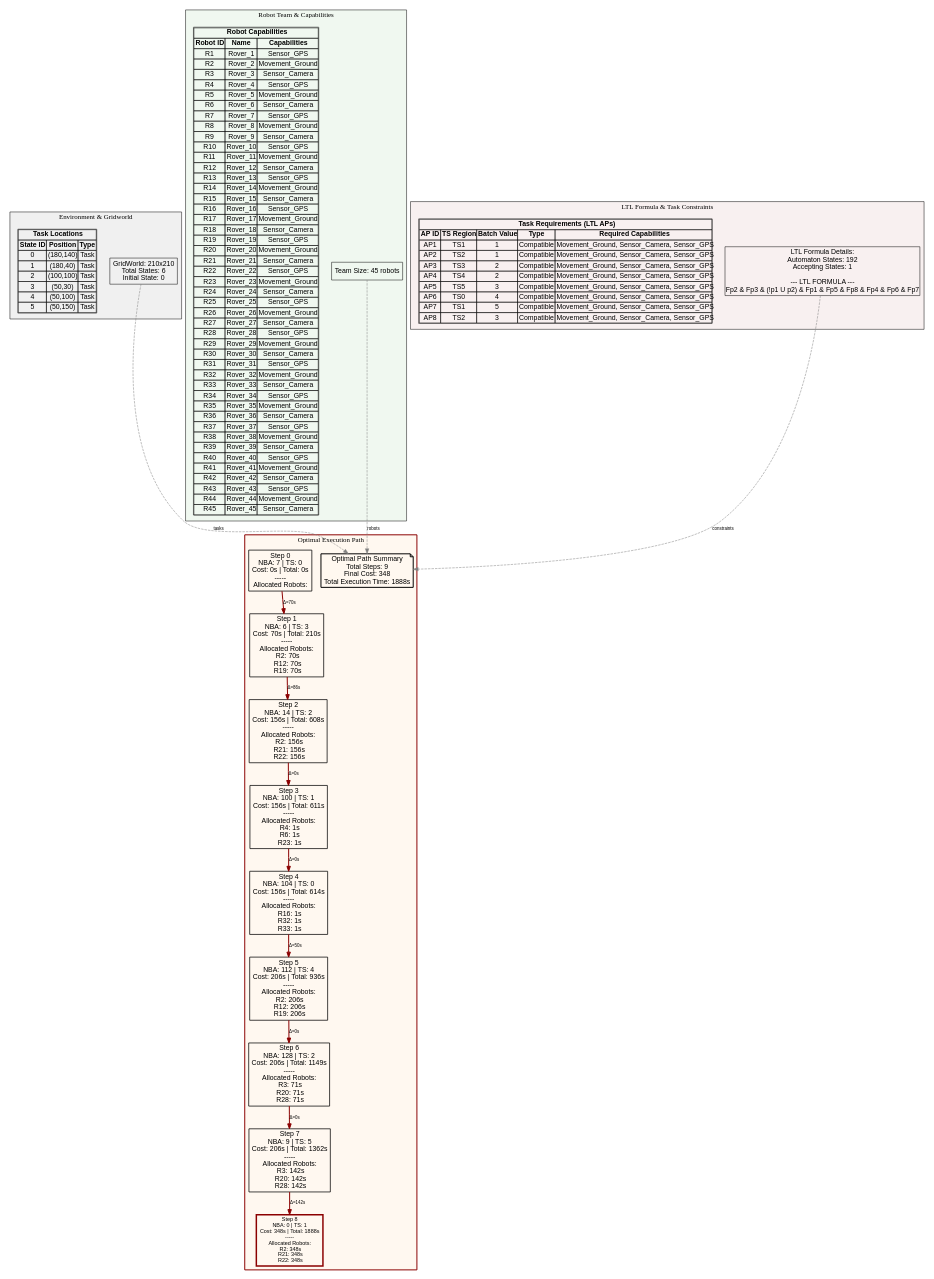
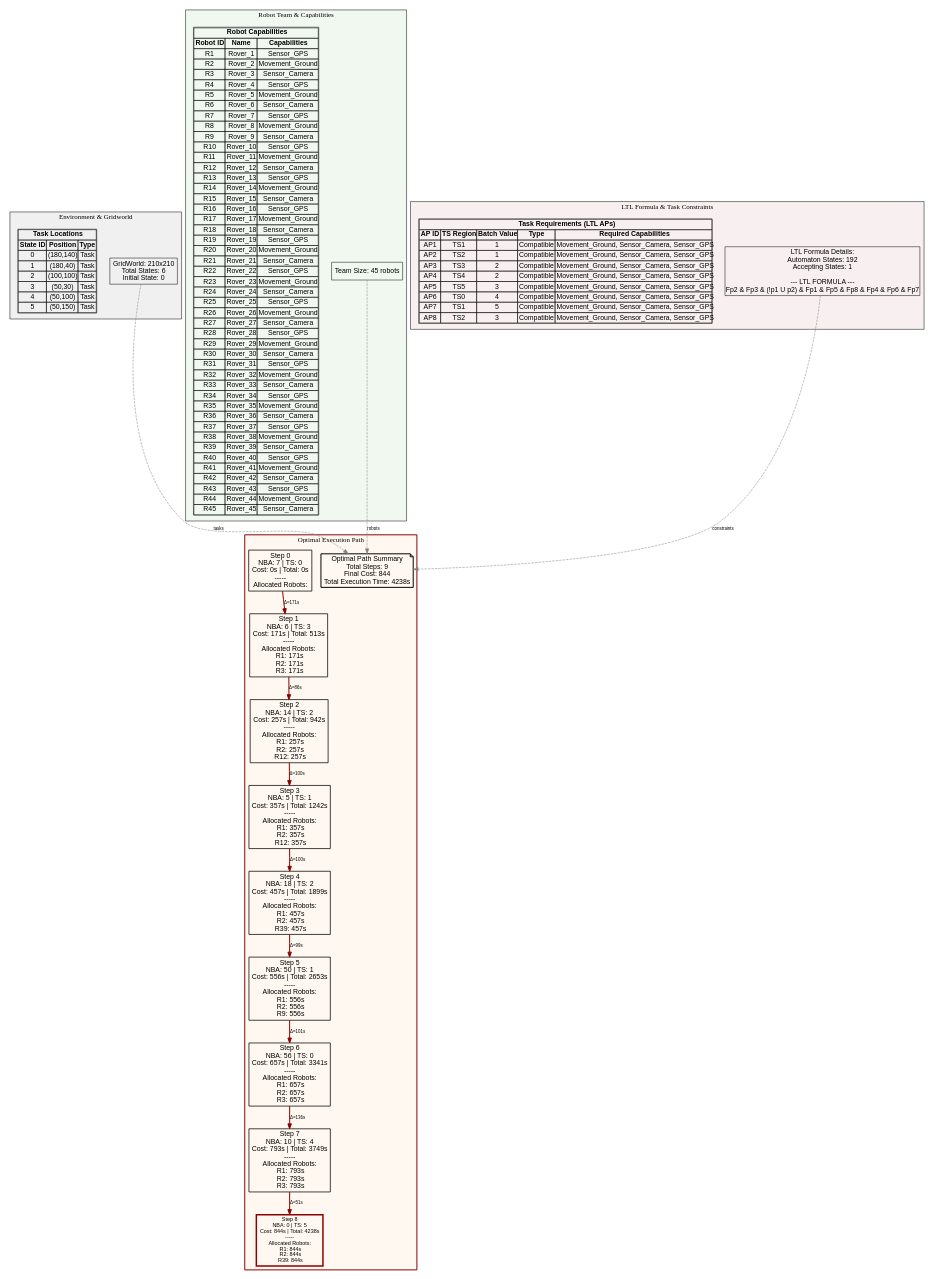
Before and after one commit to jrourke48/HMRTA_with_Multi-Capability_Robots: the diagram in MCTB-PDT/organizedtests/automaton_states_batch/output/automaton_test_2intertaskconstraints_15_path.dot, drawn with Graphviz. The commit also changed 316 other files, not shown here.

```diff
--- a/MCTB-PDT/organizedtests/automaton_states_batch/output/automaton_test_2intertaskconstraints_15_path.dot
+++ b/MCTB-PDT/organizedtests/automaton_states_batch/output/automaton_test_2intertaskconstraints_15_path.dot
@@ -1,148 +1,148 @@
 digraph ComprehensiveOptimalPath {
   rankdir=TB;
   concentrate=true;
   node [fontname=Arial];
   edge [fontname=Arial, fontsize=9];
 
   subgraph cluster_environment {
     label="Environment & Gridworld";
     style=filled;
     fillcolor="#F0F0F0";
     color=black;
 
     env_info [shape=box, label="GridWorld: 210x210\nTotal States: 6\nInitial State: 0\n", fillcolor="#E8F4F8"];
 
     env_tasks [shape=plaintext, label=<
       <TABLE BORDER="1" CELLBORDER="1" CELLSPACING="0">
         <TR><TD COLSPAN="3"><B>Task Locations</B></TD></TR>
         <TR><TD><B>State ID</B></TD><TD><B>Position</B></TD><TD><B>Type</B></TD></TR>
         <TR><TD>0</TD><TD>(180,140)</TD><TD>Task</TD></TR>
         <TR><TD>1</TD><TD>(180,40)</TD><TD>Task</TD></TR>
         <TR><TD>2</TD><TD>(100,100)</TD><TD>Task</TD></TR>
         <TR><TD>3</TD><TD>(50,30)</TD><TD>Task</TD></TR>
         <TR><TD>4</TD><TD>(50,100)</TD><TD>Task</TD></TR>
         <TR><TD>5</TD><TD>(50,150)</TD><TD>Task</TD></TR>
       </TABLE>
     >];
   }
 
   subgraph cluster_robots {
     label="Robot Team & Capabilities";
     style=filled;
     fillcolor="#F0F8F0";
     color=black;
 
     team_info [shape=box, label="Team Size: 45 robots\n", fillcolor="#E8F8E8"];
 
     robot_caps [shape=plaintext, label=<
       <TABLE BORDER="1" CELLBORDER="1" CELLSPACING="0">
         <TR><TD COLSPAN="3"><B>Robot Capabilities</B></TD></TR>
         <TR><TD><B>Robot ID</B></TD><TD><B>Name</B></TD><TD><B>Capabilities</B></TD></TR>
         <TR><TD>R1</TD><TD>Rover_1</TD><TD>Sensor_GPS</TD></TR>
         <TR><TD>R2</TD><TD>Rover_2</TD><TD>Movement_Ground</TD></TR>
         <TR><TD>R3</TD><TD>Rover_3</TD><TD>Sensor_Camera</TD></TR>
         <TR><TD>R4</TD><TD>Rover_4</TD><TD>Sensor_GPS</TD></TR>
         <TR><TD>R5</TD><TD>Rover_5</TD><TD>Movement_Ground</TD></TR>
         <TR><TD>R6</TD><TD>Rover_6</TD><TD>Sensor_Camera</TD></TR>
         <TR><TD>R7</TD><TD>Rover_7</TD><TD>Sensor_GPS</TD></TR>
         <TR><TD>R8</TD><TD>Rover_8</TD><TD>Movement_Ground</TD></TR>
         <TR><TD>R9</TD><TD>Rover_9</TD><TD>Sensor_Camera</TD></TR>
         <TR><TD>R10</TD><TD>Rover_10</TD><TD>Sensor_GPS</TD></TR>
         <TR><TD>R11</TD><TD>Rover_11</TD><TD>Movement_Ground</TD></TR>
         <TR><TD>R12</TD><TD>Rover_12</TD><TD>Sensor_Camera</TD></TR>
         <TR><TD>R13</TD><TD>Rover_13</TD><TD>Sensor_GPS</TD></TR>
         <TR><TD>R14</TD><TD>Rover_14</TD><TD>Movement_Ground</TD></TR>
         <TR><TD>R15</TD><TD>Rover_15</TD><TD>Sensor_Camera</TD></TR>
         <TR><TD>R16</TD><TD>Rover_16</TD><TD>Sensor_GPS</TD></TR>
         <TR><TD>R17</TD><TD>Rover_17</TD><TD>Movement_Ground</TD></TR>
         <TR><TD>R18</TD><TD>Rover_18</TD><TD>Sensor_Camera</TD></TR>
         <TR><TD>R19</TD><TD>Rover_19</TD><TD>Sensor_GPS</TD></TR>
         <TR><TD>R20</TD><TD>Rover_20</TD><TD>Movement_Ground</TD></TR>
         <TR><TD>R21</TD><TD>Rover_21</TD><TD>Sensor_Camera</TD></TR>
         <TR><TD>R22</TD><TD>Rover_22</TD><TD>Sensor_GPS</TD></TR>
         <TR><TD>R23</TD><TD>Rover_23</TD><TD>Movement_Ground</TD></TR>
         <TR><TD>R24</TD><TD>Rover_24</TD><TD>Sensor_Camera</TD></TR>
         <TR><TD>R25</TD><TD>Rover_25</TD><TD>Sensor_GPS</TD></TR>
         <TR><TD>R26</TD><TD>Rover_26</TD><TD>Movement_Ground</TD></TR>
         <TR><TD>R27</TD><TD>Rover_27</TD><TD>Sensor_Camera</TD></TR>
         <TR><TD>R28</TD><TD>Rover_28</TD><TD>Sensor_GPS</TD></TR>
         <TR><TD>R29</TD><TD>Rover_29</TD><TD>Movement_Ground</TD></TR>
         <TR><TD>R30</TD><TD>Rover_30</TD><TD>Sensor_Camera</TD></TR>
         <TR><TD>R31</TD><TD>Rover_31</TD><TD>Sensor_GPS</TD></TR>
         <TR><TD>R32</TD><TD>Rover_32</TD><TD>Movement_Ground</TD></TR>
         <TR><TD>R33</TD><TD>Rover_33</TD><TD>Sensor_Camera</TD></TR>
         <TR><TD>R34</TD><TD>Rover_34</TD><TD>Sensor_GPS</TD></TR>
         <TR><TD>R35</TD><TD>Rover_35</TD><TD>Movement_Ground</TD></TR>
         <TR><TD>R36</TD><TD>Rover_36</TD><TD>Sensor_Camera</TD></TR>
         <TR><TD>R37</TD><TD>Rover_37</TD><TD>Sensor_GPS</TD></TR>
         <TR><TD>R38</TD><TD>Rover_38</TD><TD>Movement_Ground</TD></TR>
         <TR><TD>R39</TD><TD>Rover_39</TD><TD>Sensor_Camera</TD></TR>
         <TR><TD>R40</TD><TD>Rover_40</TD><TD>Sensor_GPS</TD></TR>
         <TR><TD>R41</TD><TD>Rover_41</TD><TD>Movement_Ground</TD></TR>
         <TR><TD>R42</TD><TD>Rover_42</TD><TD>Sensor_Camera</TD></TR>
         <TR><TD>R43</TD><TD>Rover_43</TD><TD>Sensor_GPS</TD></TR>
         <TR><TD>R44</TD><TD>Rover_44</TD><TD>Movement_Ground</TD></TR>
         <TR><TD>R45</TD><TD>Rover_45</TD><TD>Sensor_Camera</TD></TR>
       </TABLE>
     >];
   }
 
   subgraph cluster_ltl {
     label="LTL Formula & Task Constraints";
     style=filled;
     fillcolor="#F8F0F0";
     color=black;
 
     ltl_info [shape=box, label="LTL Formula Details:\nAutomaton States: 192\nAccepting States: 1\n\n--- LTL FORMULA ---\nFp2 & Fp3 & (!p1 U p2) & Fp1 & Fp5 & Fp8 & Fp4 & Fp6 & Fp7", fillcolor="#F8E8E8"];
 
     ltl_tasks [shape=plaintext, label=<
       <TABLE BORDER="1" CELLBORDER="1" CELLSPACING="0">
         <TR><TD COLSPAN="5"><B>Task Requirements (LTL APs)</B></TD></TR>
         <TR><TD><B>AP ID</B></TD><TD><B>TS Region</B></TD><TD><B>Batch Value</B></TD><TD><B>Type</B></TD><TD><B>Required Capabilities</B></TD></TR>
         <TR><TD>AP1</TD><TD>TS1</TD><TD>1</TD><TD>Compatible</TD><TD>Movement_Ground, Sensor_Camera, Sensor_GPS</TD></TR>
         <TR><TD>AP2</TD><TD>TS2</TD><TD>1</TD><TD>Compatible</TD><TD>Movement_Ground, Sensor_Camera, Sensor_GPS</TD></TR>
         <TR><TD>AP3</TD><TD>TS3</TD><TD>2</TD><TD>Compatible</TD><TD>Movement_Ground, Sensor_Camera, Sensor_GPS</TD></TR>
         <TR><TD>AP4</TD><TD>TS4</TD><TD>2</TD><TD>Compatible</TD><TD>Movement_Ground, Sensor_Camera, Sensor_GPS</TD></TR>
         <TR><TD>AP5</TD><TD>TS5</TD><TD>3</TD><TD>Compatible</TD><TD>Movement_Ground, Sensor_Camera, Sensor_GPS</TD></TR>
         <TR><TD>AP6</TD><TD>TS0</TD><TD>4</TD><TD>Compatible</TD><TD>Movement_Ground, Sensor_Camera, Sensor_GPS</TD></TR>
         <TR><TD>AP7</TD><TD>TS1</TD><TD>5</TD><TD>Compatible</TD><TD>Movement_Ground, Sensor_Camera, Sensor_GPS</TD></TR>
         <TR><TD>AP8</TD><TD>TS2</TD><TD>3</TD><TD>Compatible</TD><TD>Movement_Ground, Sensor_Camera, Sensor_GPS</TD></TR>
       </TABLE>
     >];
   }
 
   subgraph cluster_path {
     label="Optimal Execution Path";
     style=filled;
     fillcolor="#FFF8F0";
     color=darkred;
     penwidth=2;
 
-    path_summary [shape=note, label="Optimal Path Summary\nTotal Steps: 9\nFinal Cost: 348\nTotal Execution Time: 1888s\n", fillcolor="#FFFFCC", penwidth=2];
+    path_summary [shape=note, label="Optimal Path Summary\nTotal Steps: 9\nFinal Cost: 844\nTotal Execution Time: 4238s\n", fillcolor="#FFFFCC", penwidth=2];
 
     opt_0 [shape=box, label="Step 0\nNBA: 7 | TS: 0\nCost: 0s | Total: 0s\n-----\nAllocated Robots:\n", fillcolor="#B3E5FC", penwidth=1.5];
-    opt_1 [shape=box, label="Step 1\nNBA: 6 | TS: 3\nCost: 70s | Total: 210s\n-----\nAllocated Robots:\n  R2: 70s\n  R12: 70s\n  R19: 70s\n", fillcolor="#B3E5FC", penwidth=1.5];
-    opt_2 [shape=box, label="Step 2\nNBA: 14 | TS: 2\nCost: 156s | Total: 608s\n-----\nAllocated Robots:\n  R2: 156s\n  R21: 156s\n  R22: 156s\n", fillcolor="#B3E5FC", penwidth=1.5];
-    opt_3 [shape=box, label="Step 3\nNBA: 100 | TS: 1\nCost: 156s | Total: 611s\n-----\nAllocated Robots:\n  R4: 1s\n  R6: 1s\n  R23: 1s\n", fillcolor="#B3E5FC", penwidth=1.5];
-    opt_4 [shape=box, label="Step 4\nNBA: 104 | TS: 0\nCost: 156s | Total: 614s\n-----\nAllocated Robots:\n  R16: 1s\n  R32: 1s\n  R33: 1s\n", fillcolor="#B3E5FC", penwidth=1.5];
-    opt_5 [shape=box, label="Step 5\nNBA: 112 | TS: 4\nCost: 206s | Total: 936s\n-----\nAllocated Robots:\n  R2: 206s\n  R12: 206s\n  R19: 206s\n", fillcolor="#B3E5FC", penwidth=1.5];
-    opt_6 [shape=box, label="Step 6\nNBA: 128 | TS: 2\nCost: 206s | Total: 1149s\n-----\nAllocated Robots:\n  R3: 71s\n  R20: 71s\n  R28: 71s\n", fillcolor="#B3E5FC", penwidth=1.5];
-    opt_7 [shape=box, label="Step 7\nNBA: 9 | TS: 5\nCost: 206s | Total: 1362s\n-----\nAllocated Robots:\n  R3: 142s\n  R20: 142s\n  R28: 142s\n", fillcolor="#B3E5FC", penwidth=1.5];
-    opt_8 [shape=box, label="Step 8\nNBA: 0 | TS: 1\nCost: 348s | Total: 1888s\n-----\nAllocated Robots:\n  R2: 348s\n  R21: 348s\n  R22: 348s\n", fillcolor="#FF6B6B", penwidth=3, color=darkred, fontweight=bold, fontsize=11];
+    opt_1 [shape=box, label="Step 1\nNBA: 6 | TS: 3\nCost: 171s | Total: 513s\n-----\nAllocated Robots:\n  R1: 171s\n  R2: 171s\n  R3: 171s\n", fillcolor="#B3E5FC", penwidth=1.5];
+    opt_2 [shape=box, label="Step 2\nNBA: 14 | TS: 2\nCost: 257s | Total: 942s\n-----\nAllocated Robots:\n  R1: 257s\n  R2: 257s\n  R12: 257s\n", fillcolor="#B3E5FC", penwidth=1.5];
+    opt_3 [shape=box, label="Step 3\nNBA: 5 | TS: 1\nCost: 357s | Total: 1242s\n-----\nAllocated Robots:\n  R1: 357s\n  R2: 357s\n  R12: 357s\n", fillcolor="#B3E5FC", penwidth=1.5];
+    opt_4 [shape=box, label="Step 4\nNBA: 18 | TS: 2\nCost: 457s | Total: 1899s\n-----\nAllocated Robots:\n  R1: 457s\n  R2: 457s\n  R39: 457s\n", fillcolor="#B3E5FC", penwidth=1.5];
+    opt_5 [shape=box, label="Step 5\nNBA: 50 | TS: 1\nCost: 556s | Total: 2653s\n-----\nAllocated Robots:\n  R1: 556s\n  R2: 556s\n  R9: 556s\n", fillcolor="#B3E5FC", penwidth=1.5];
+    opt_6 [shape=box, label="Step 6\nNBA: 56 | TS: 0\nCost: 657s | Total: 3341s\n-----\nAllocated Robots:\n  R1: 657s\n  R2: 657s\n  R3: 657s\n", fillcolor="#B3E5FC", penwidth=1.5];
+    opt_7 [shape=box, label="Step 7\nNBA: 10 | TS: 4\nCost: 793s | Total: 3749s\n-----\nAllocated Robots:\n  R1: 793s\n  R2: 793s\n  R3: 793s\n", fillcolor="#B3E5FC", penwidth=1.5];
+    opt_8 [shape=box, label="Step 8\nNBA: 0 | TS: 5\nCost: 844s | Total: 4238s\n-----\nAllocated Robots:\n  R1: 844s\n  R2: 844s\n  R39: 844s\n", fillcolor="#FF6B6B", penwidth=3, color=darkred, fontweight=bold, fontsize=11];
 
-    opt_0 -> opt_1 [label="Δ=70s", penwidth=2, color=darkred];
+    opt_0 -> opt_1 [label="Δ=171s", penwidth=2, color=darkred];
     opt_1 -> opt_2 [label="Δ=86s", penwidth=2, color=darkred];
-    opt_2 -> opt_3 [label="Δ=0s", penwidth=2, color=darkred];
-    opt_3 -> opt_4 [label="Δ=0s", penwidth=2, color=darkred];
-    opt_4 -> opt_5 [label="Δ=50s", penwidth=2, color=darkred];
-    opt_5 -> opt_6 [label="Δ=0s", penwidth=2, color=darkred];
-    opt_6 -> opt_7 [label="Δ=0s", penwidth=2, color=darkred];
-    opt_7 -> opt_8 [label="Δ=142s", penwidth=2, color=darkred];
+    opt_2 -> opt_3 [label="Δ=100s", penwidth=2, color=darkred];
+    opt_3 -> opt_4 [label="Δ=100s", penwidth=2, color=darkred];
+    opt_4 -> opt_5 [label="Δ=99s", penwidth=2, color=darkred];
+    opt_5 -> opt_6 [label="Δ=101s", penwidth=2, color=darkred];
+    opt_6 -> opt_7 [label="Δ=136s", penwidth=2, color=darkred];
+    opt_7 -> opt_8 [label="Δ=51s", penwidth=2, color=darkred];
   }
 
   // Connections between clusters
   env_info -> path_summary [style=dashed, color=gray, label="tasks"];
   team_info -> path_summary [style=dashed, color=gray, label="robots"];
   ltl_info -> path_summary [style=dashed, color=gray, label="constraints"];
 
 }
```
